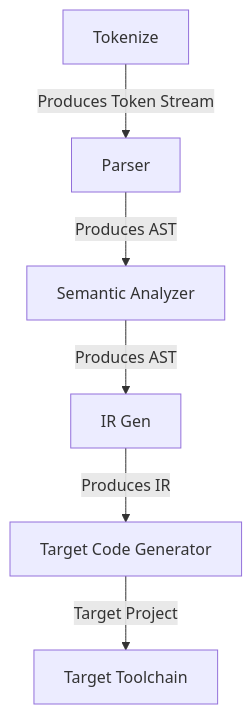
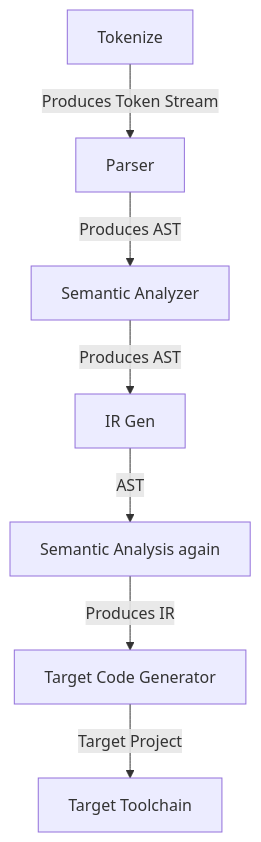
Before and after one commit to amirrezaask/loki: the diagram in README.md, drawn with Mermaid. The commit also changed other lines of this file, not shown here.

Commit message:
readme: update graph

````diff
--- a/README.md
+++ b/README.md
@@ -5,9 +5,10 @@
 ```mermaid
 graph TD
     A[Tokenize] -->|Produces Token Stream| B[Parser]
     B --> |Produces AST| C[Semantic Analyzer]
     C -->|Produces AST| D[IR Gen]
-    D --> |Produces IR| E[Target Code Generator]
+    D --> |AST| X[Semantic Analysis again]
+    X --> |Produces IR| E[Target Code Generator]
     E --> |Target Project| F[Target Toolchain]
                     
 ```
````
